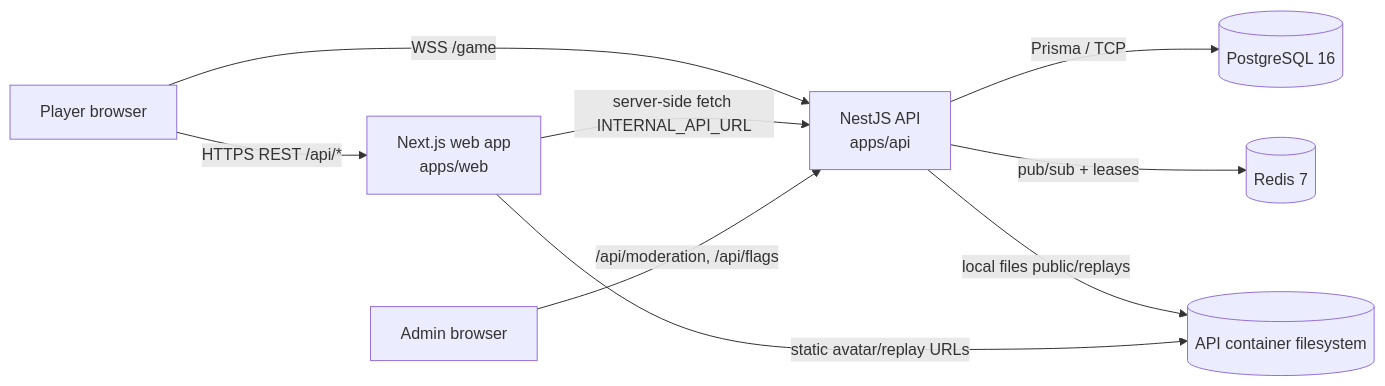
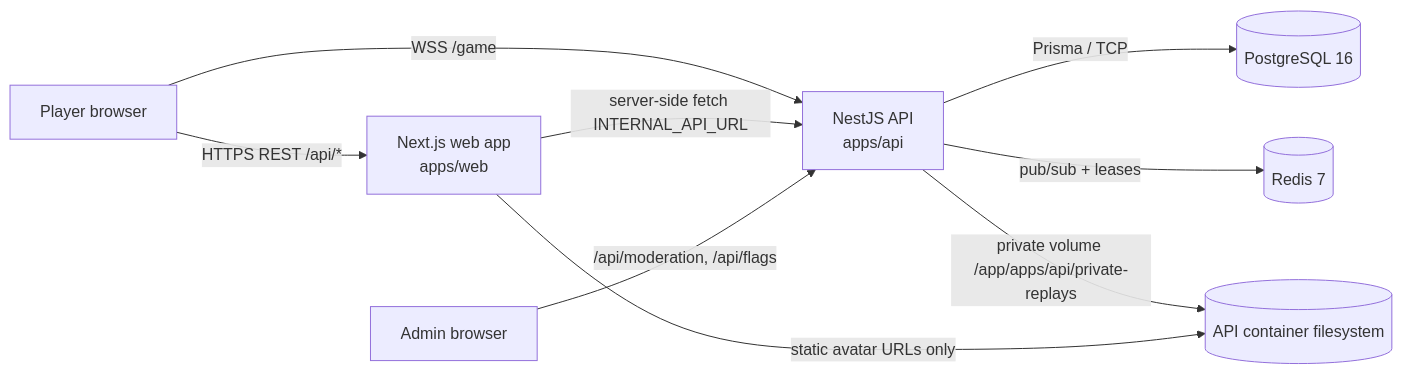
One commit to nguyenluunhatminh02/DrawBattle-Arena changed the diagram in docs/hld.md. Above: the diagram before and after it, drawn with Mermaid. The commit also changed other lines of this file and 16 other files, not shown here.

Commit message:
fix(replay): persist private GIFs and harden render reconciliation

````diff
--- a/docs/hld.md
+++ b/docs/hld.md
@@ -7,11 +7,11 @@
 ```mermaid
 flowchart LR
   Browser[Player browser] -->|HTTPS REST /api/*| Web
   Browser -->|WSS /game| API
   Web[Next.js web app<br/>apps/web] -->|server-side fetch INTERNAL_API_URL| API
   API[NestJS API<br/>apps/api] -->|Prisma / TCP| PG[(PostgreSQL 16)]
   API -->|pub/sub + leases| Redis[(Redis 7)]
-  API -->|local files public/replays| Media[(API container filesystem)]
+  API -->|private volume /app/apps/api/private-replays| Media[(API container filesystem)]
   Admin[Admin browser] -->|/api/moderation, /api/flags| API
-  Web -->|static avatar/replay URLs| Media
+  Web -->|static avatar URLs only| Media
 ```
````
